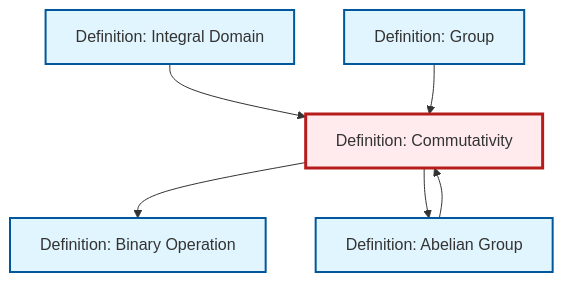
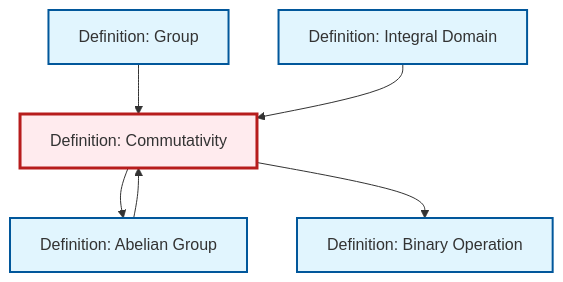
One commit to RK0429/ModernMath changed the diagram in content/ja/algebra/def-commutativity.qmd. Above: the diagram before and after it, drawn with Mermaid. The commit also changed other lines of this file and 619 other files, not shown here.

````diff
--- a/content/ja/algebra/def-commutativity.qmd
+++ b/content/ja/algebra/def-commutativity.qmd
@@ -102,24 +102,24 @@
 ```{mermaid}
 %%| fig-cap: "Local dependency graph"
 graph TD
     classDef definition fill:#e1f5fe,stroke:#01579b,stroke-width:2px
     classDef theorem fill:#f3e5f5,stroke:#4a148c,stroke-width:2px
     classDef axiom fill:#fff3e0,stroke:#e65100,stroke-width:2px
     classDef example fill:#e8f5e9,stroke:#1b5e20,stroke-width:2px
     classDef current fill:#ffebee,stroke:#b71c1c,stroke-width:3px
+    def-binary-operation["Definition: Binary Operation"]:::definition
     def-integral-domain["Definition: Integral Domain"]:::definition
+    def-abelian-group["Definition: Abelian Group"]:::definition
     def-commutativity["Definition: Commutativity"]:::definition
-    def-abelian-group["Definition: Abelian Group"]:::definition
     def-group["Definition: Group"]:::definition
-    def-binary-operation["Definition: Binary Operation"]:::definition
+    def-abelian-group --> def-commutativity
+    def-commutativity --> def-abelian-group
+    def-group --> def-commutativity
     def-integral-domain --> def-commutativity
     def-commutativity --> def-binary-operation
-    def-abelian-group --> def-commutativity
-    def-group --> def-commutativity
-    def-commutativity --> def-abelian-group
     class def-commutativity current
+    click def-binary-operation "def-binary-operation.html" "Definition: Binary Operationへ"
     click def-integral-domain "def-integral-domain.html" "Definition: Integral Domainへ"
     click def-abelian-group "def-abelian-group.html" "Definition: Abelian Groupへ"
     click def-group "def-group.html" "Definition: Groupへ"
-    click def-binary-operation "def-binary-operation.html" "Definition: Binary Operationへ"
 ```
````
